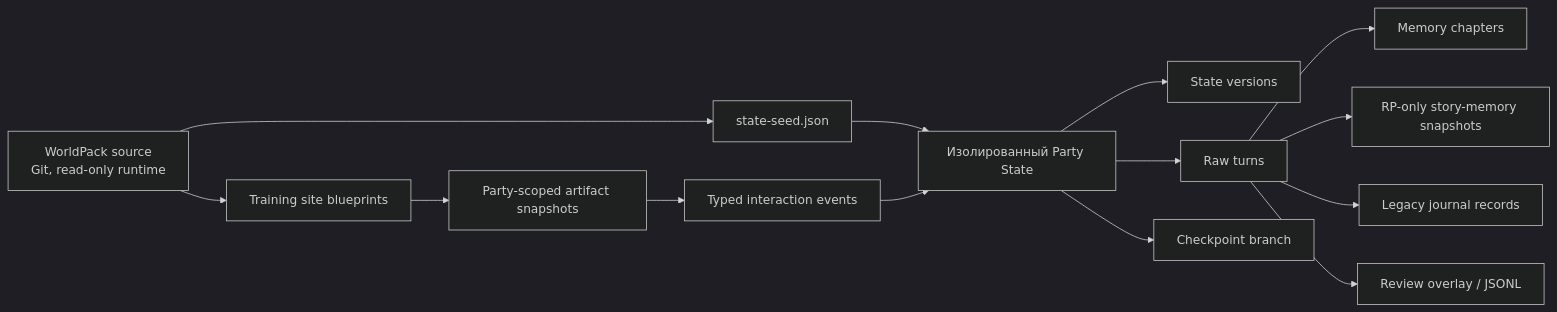
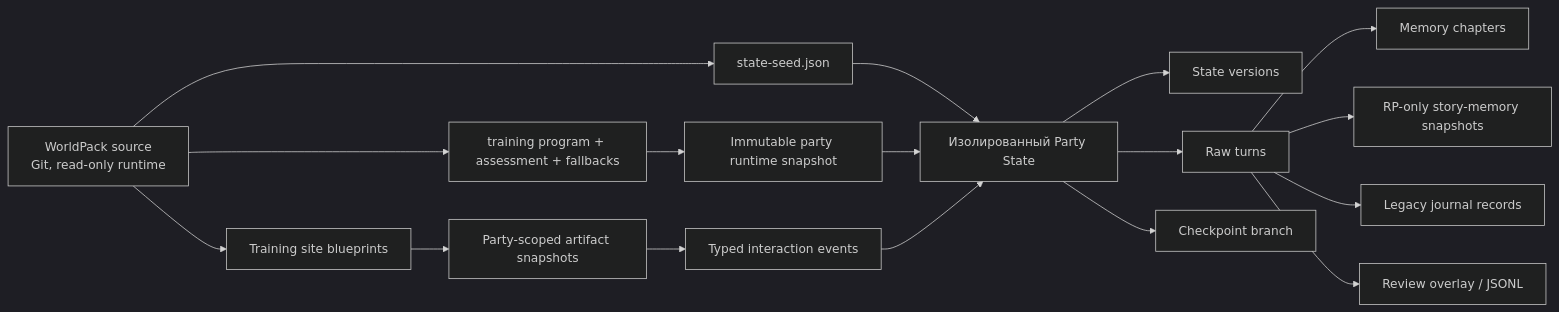
The second of 3 diagrams in docs/wiki/01-architecture.md (abykovwww-byte/ubuntu_ansible_palybooks), drawn with Mermaid (dark theme) before and after one commit. The commit also changed other lines of this file and 30 other files, not shown here.

Commit message:
feat(rp-stack): make training runtime worldpack-owned

````diff
--- a/docs/wiki/01-architecture.md
+++ b/docs/wiki/01-architecture.md
@@ -63,16 +64,19 @@
 ```mermaid
 flowchart LR
     WP["WorldPack source\nGit, read-only runtime"] --> Seed["state-seed.json"]
+    WP --> Runtime["training program + assessment + fallbacks"]
+    Runtime --> RuntimeSnap["Immutable party runtime snapshot"]
     Seed --> PS["Изолированный Party State"]
+    RuntimeSnap --> PS
     PS --> SV["State versions"]
     PS --> Turns["Raw turns"]
     Turns --> Mem["Memory chapters"]
     Turns --> Story["RP-only story-memory snapshots"]
     Turns --> Journal["Legacy journal records"]
     Turns --> Dataset["Review overlay / JSONL"]
     PS --> Branch["Checkpoint branch"]
     WP --> Blueprint["Training site blueprints"]
     Blueprint --> Artifact["Party-scoped artifact snapshots"]
     Artifact --> Events["Typed interaction events"]
     Events --> PS
 ```
````
